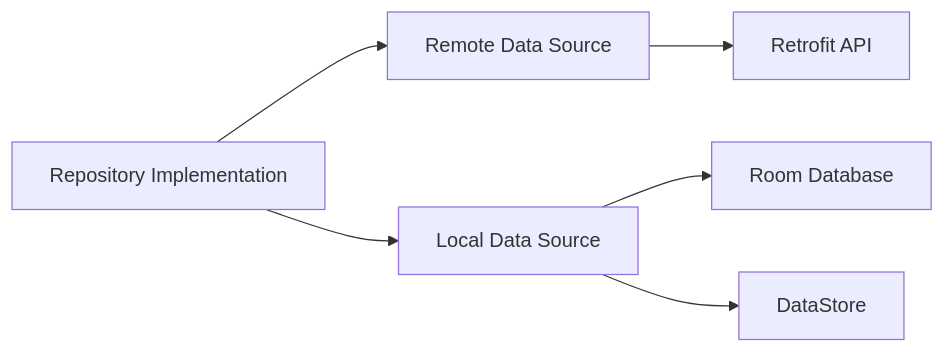
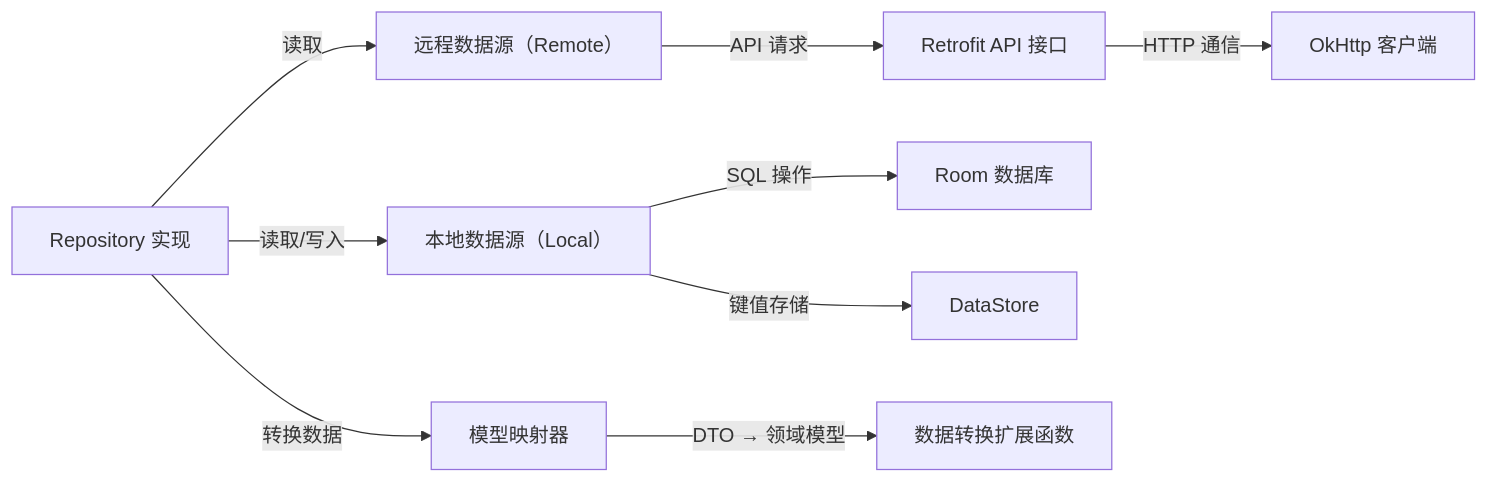
The second of 2 diagrams in project_analysis.md (hyh19/nowinandroid), drawn with Mermaid before and after one commit. The commit also changed other lines of this file and 1 other file, not shown here.

````diff
--- a/project_analysis.md
+++ b/project_analysis.md
@@ -128,8 +170,11 @@
 ```mermaid
 graph LR
-    A[Repository Implementation] --> B[Remote Data Source]
-    A --> C[Local Data Source]
-    B --> D[Retrofit API]
-    C --> E[Room Database]
-    C --> F[DataStore]
+    A["Repository 实现"] --> |"读取"| B["远程数据源（Remote）"]
+    A --> |"读取/写入"| C["本地数据源（Local）"]
+    B --> |"API 请求"| D["Retrofit API 接口"]
+    D --> |"HTTP 通信"| E["OkHttp 客户端"]
+    C --> |"SQL 操作"| F["Room 数据库"]
+    C --> |"键值存储"| G["DataStore"]
+    A --> |"转换数据"| H["模型映射器"]
+    H --> |"DTO → 领域模型"| I["数据转换扩展函数"]
 ```
````
